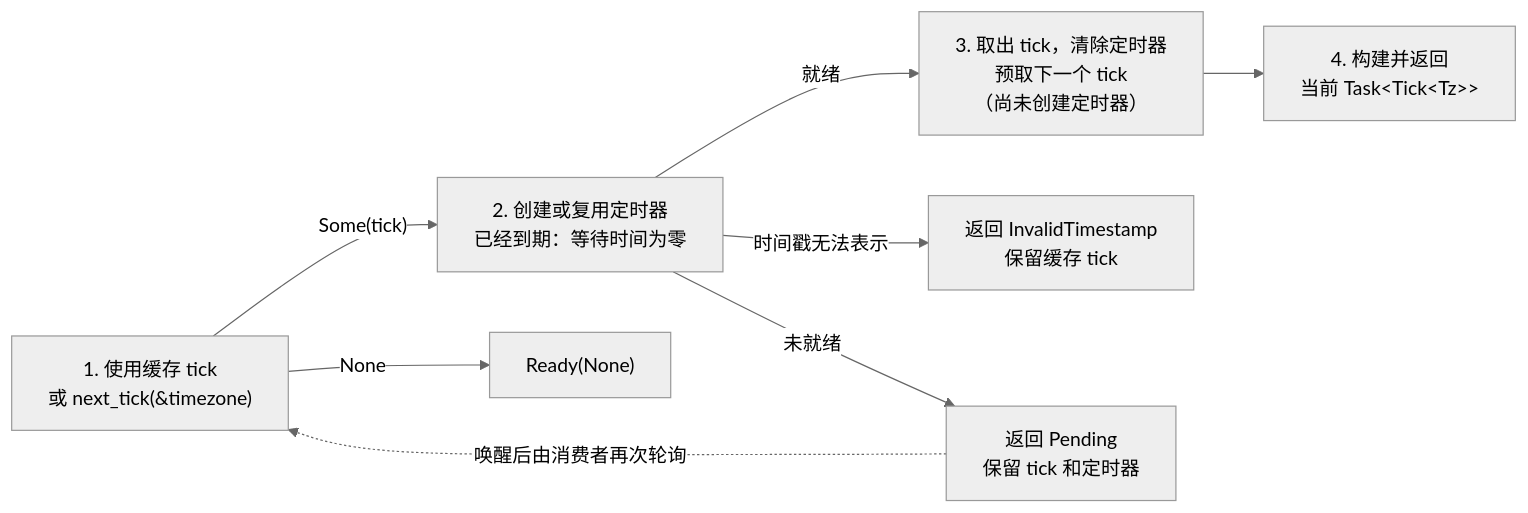
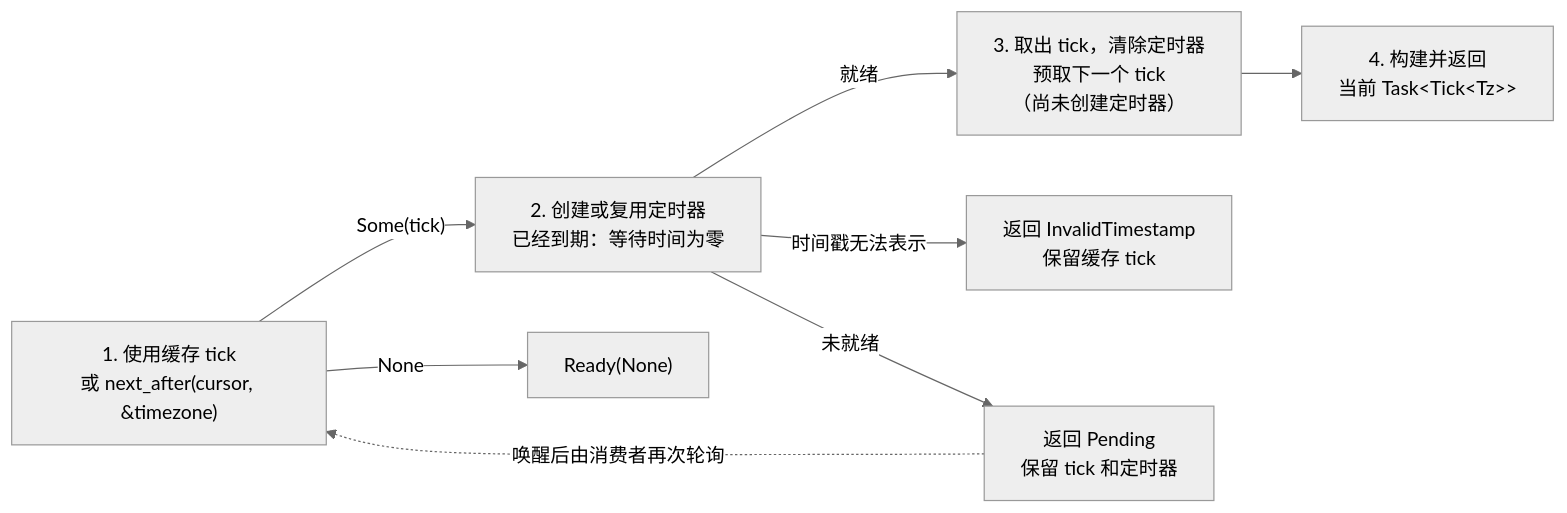
Before and after one commit to nanfeng-labs/miju-cron: the second of 2 diagrams in README.zh-CN.md, drawn with Mermaid (neutral theme). The commit also changed other lines of this file and 15 other files, not shown here.

````diff
--- a/README.zh-CN.md
+++ b/README.zh-CN.md
@@ -293,10 +317,10 @@
 ```mermaid
 flowchart LR
-    tick["1. 使用缓存 tick<br/>或 next_tick(&timezone)"] -->|"Some(tick)"| timer["2. 创建或复用定时器<br/>已经到期：等待时间为零"]
+    tick["1. 使用缓存 tick<br/>或 next_after(cursor, &timezone)"] -->|"Some(tick)"| timer["2. 创建或复用定时器<br/>已经到期：等待时间为零"]
     timer -->|"就绪"| prefetch["3. 取出 tick，清除定时器<br/>预取下一个 tick<br/>（尚未创建定时器）"]
     prefetch --> task["4. 构建并返回<br/>当前 Task&lt;Tick&lt;Tz&gt;&gt;"]
     tick -->|"None"| exhausted["Ready(None)"]
     timer -->|"时间戳无法表示"| error["返回 InvalidTimestamp<br/>保留缓存 tick"]
     timer -->|"未就绪"| pending["返回 Pending<br/>保留 tick 和定时器"]
     pending -.->|"唤醒后由消费者再次轮询"| tick
 ```
````
